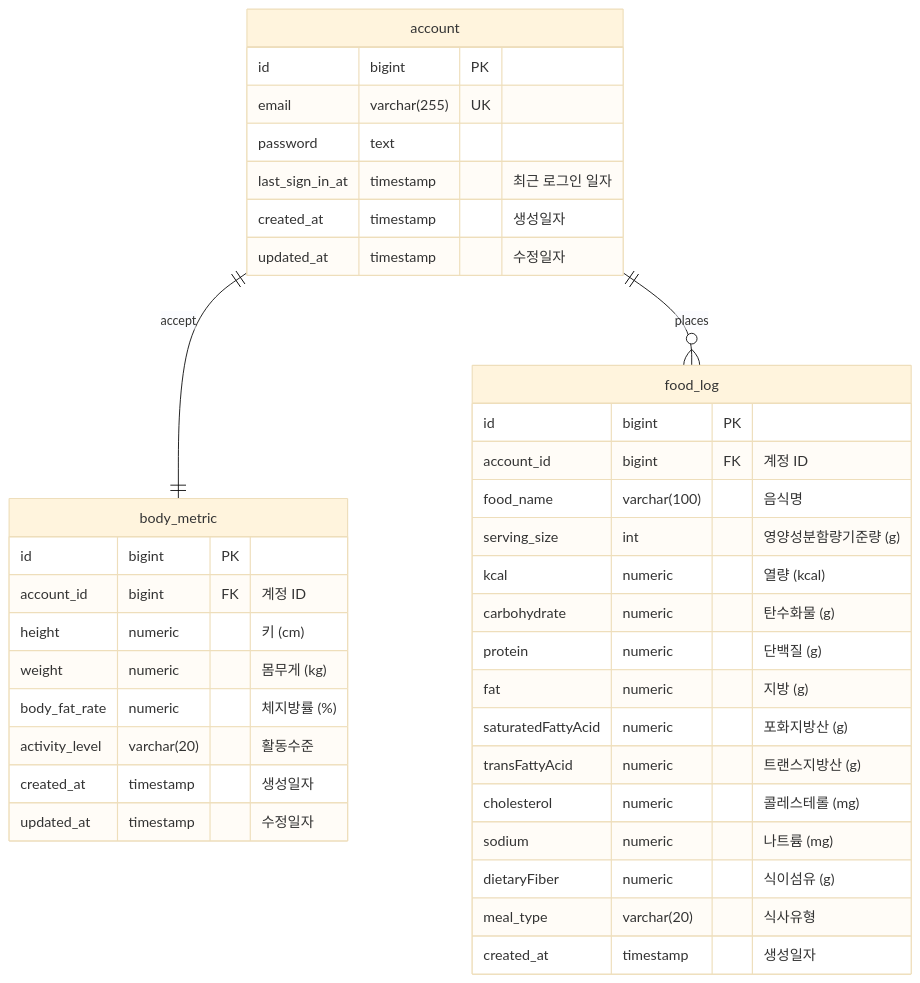
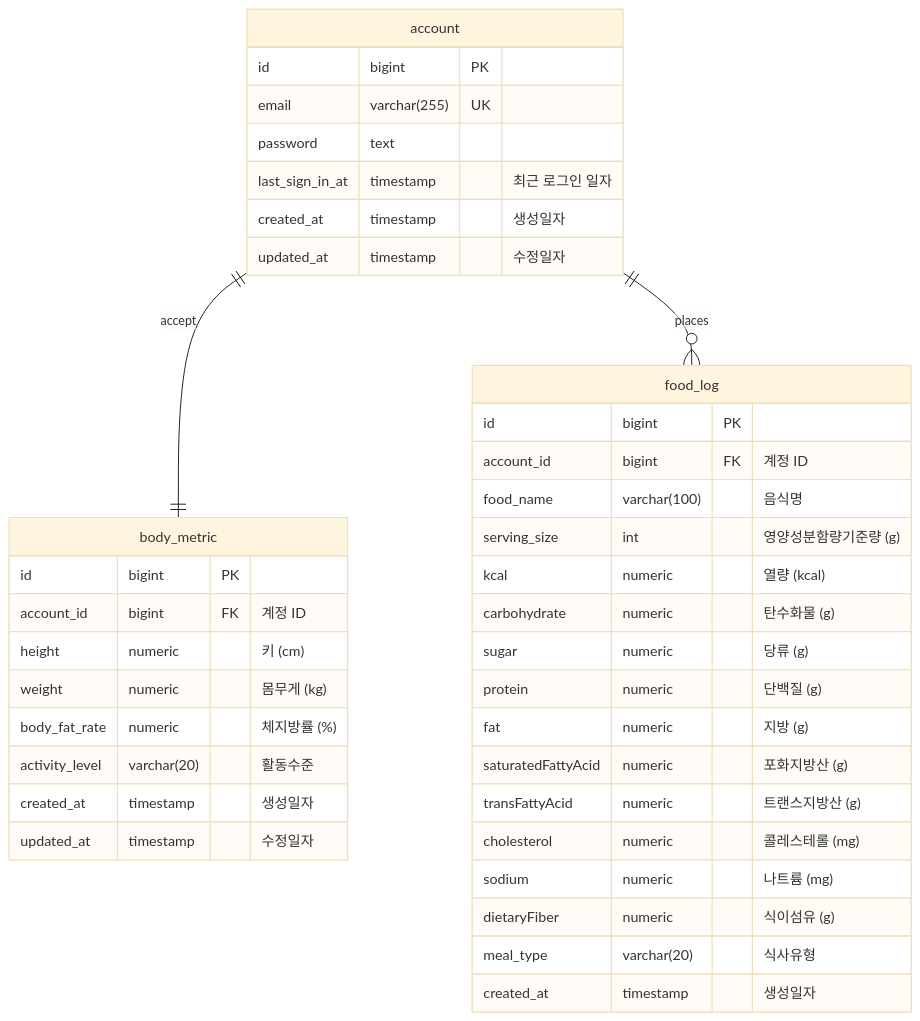
One commit to health-nutrition-tracker-org/health-nutrition-tracker-BE changed the diagram in README.md. Above: the diagram before and after it, drawn with Mermaid (base theme). The commit also changed 7 other files, not shown here.

````diff
--- a/README.md
+++ b/README.md
@@ -97,43 +97,44 @@
 ```mermaid
 erDiagram
     account {
         id bigint PK
         email varchar(255) UK
         password text
         last_sign_in_at timestamp "최근 로그인 일자"
         created_at timestamp "생성일자"
         updated_at timestamp "수정일자"
     }
 
     body_metric {
         id bigint PK
         account_id bigint FK "계정 ID"
         height numeric "키 (cm)"
         weight numeric "몸무게 (kg)"
         body_fat_rate numeric "체지방률 (%)"
         activity_level varchar(20) "활동수준"
         created_at timestamp "생성일자"
         updated_at timestamp "수정일자"
     }
 
     food_log {
         id bigint PK
         account_id bigint FK "계정 ID"
         food_name varchar(100) "음식명"
         serving_size int "영양성분함량기준량 (g)"
         kcal numeric "열량 (kcal)"
         carbohydrate numeric "탄수화물 (g)"
+        sugar numeric "당류 (g)"
         protein numeric "단백질 (g)"
         fat numeric "지방 (g)"
         saturatedFattyAcid numeric "포화지방산 (g)"
         transFattyAcid numeric "트랜스지방산 (g)"
         cholesterol numeric "콜레스테롤 (mg)"
         sodium numeric "나트륨 (mg)"
         dietaryFiber numeric "식이섬유 (g)"
         meal_type varchar(20) "식사유형"
         created_at timestamp "생성일자"
     }
 
     account ||--|| body_metric: accept
     account ||--o{ food_log: places
 ```
````
